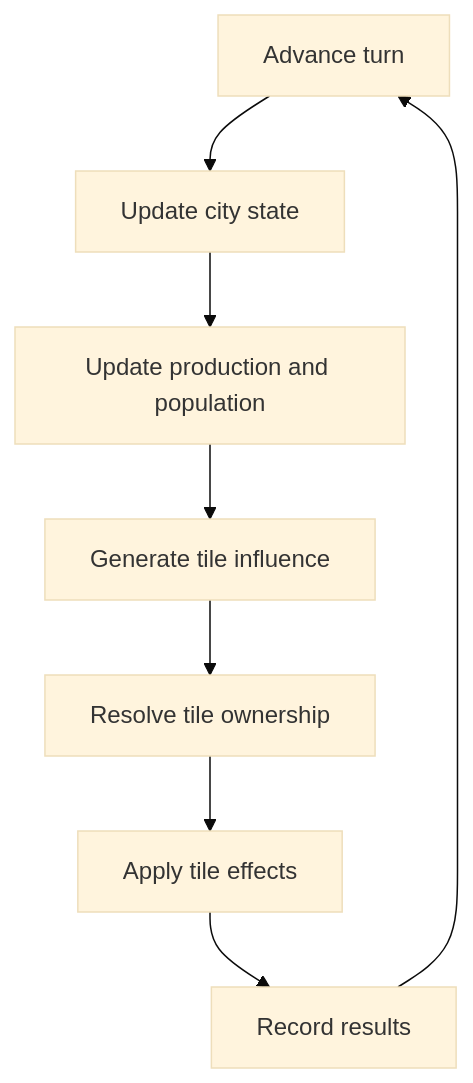
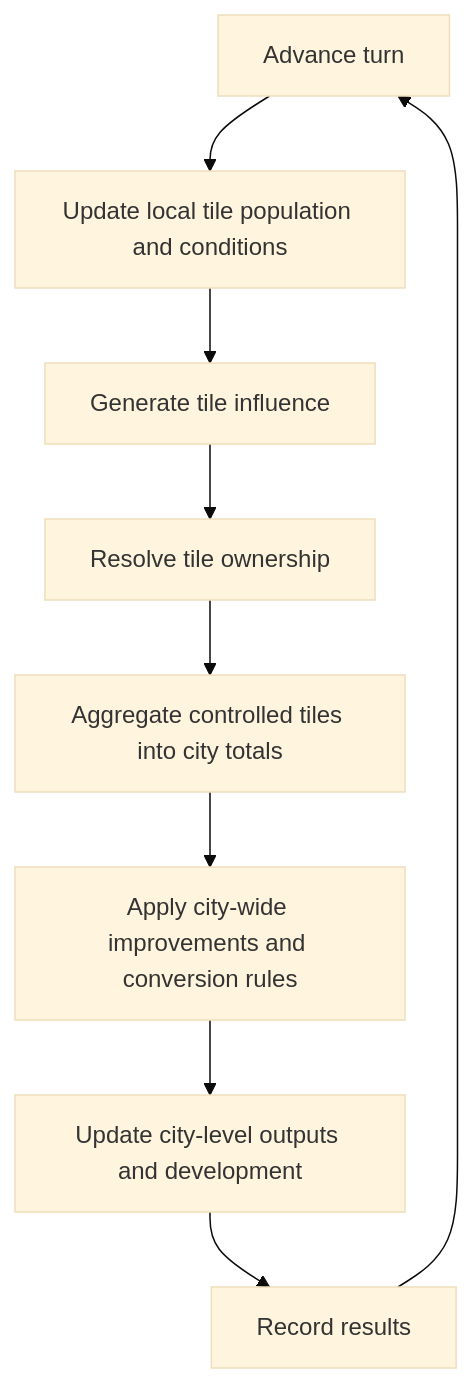
The fifth of 5 diagrams in docs/variablesoverview.md (gram12321/tileideas), drawn with Mermaid (base theme) before and after one commit. The commit also changed other lines of this file and 6 other files, not shown here.

````diff
--- a/docs/variablesoverview.md
+++ b/docs/variablesoverview.md
@@ -88,10 +164,11 @@
 ```mermaid
 flowchart TD
-  A[Advance turn] --> B[Update city state]
-  B --> C[Update production and population]
-  C --> D[Generate tile influence]
-  D --> E[Resolve tile ownership]
-  E --> F[Apply tile effects]
-  F --> G[Record results]
-  G --> A
+  A[Advance turn] --> B[Update local tile population and conditions]
+  B --> C[Generate tile influence]
+  C --> D[Resolve tile ownership]
+  D --> E[Aggregate controlled tiles into city totals]
+  E --> F[Apply city-wide improvements and conversion rules]
+  F --> G[Update city-level outputs and development]
+  G --> H[Record results]
+  H --> A
 ```
````
